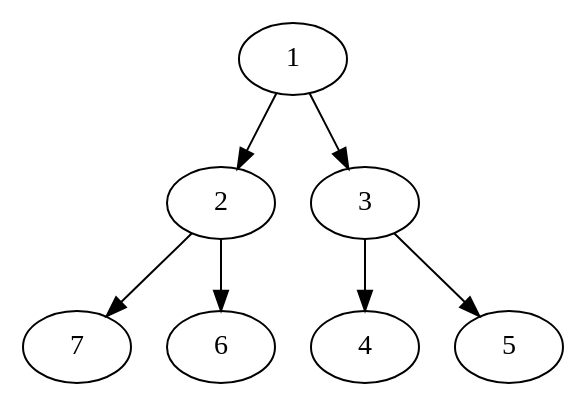
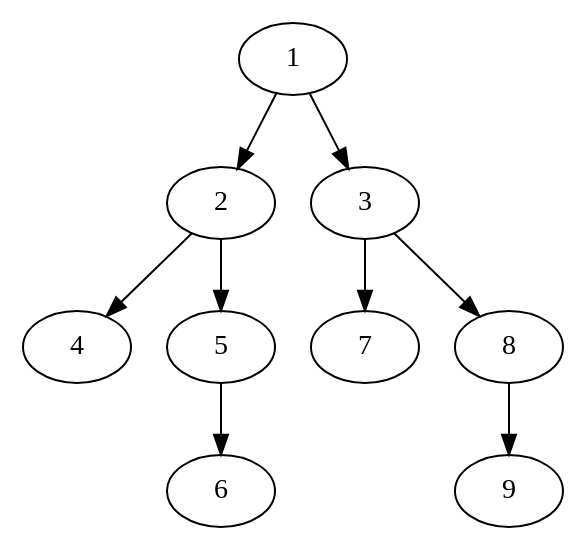
The diagram in labs/images/test.dot (nasoboleva/Lyceum-Graphs-Course), drawn with Graphviz before and after one commit. The commit also changed 6 other files, not shown here.

```diff
--- a/labs/images/test.dot
+++ b/labs/images/test.dot
@@ -1,8 +1,10 @@
 strict digraph "" {
 	1 -> 2;
 	1 -> 3;
-	2 -> 7;
-	2 -> 6;
-	3 -> 4;
-	3 -> 5;
+	2 -> 4;
+	2 -> 5;
+	3 -> 7;
+	3 -> 8;
+	5 -> 6;
+	8 -> 9;
 }
```
